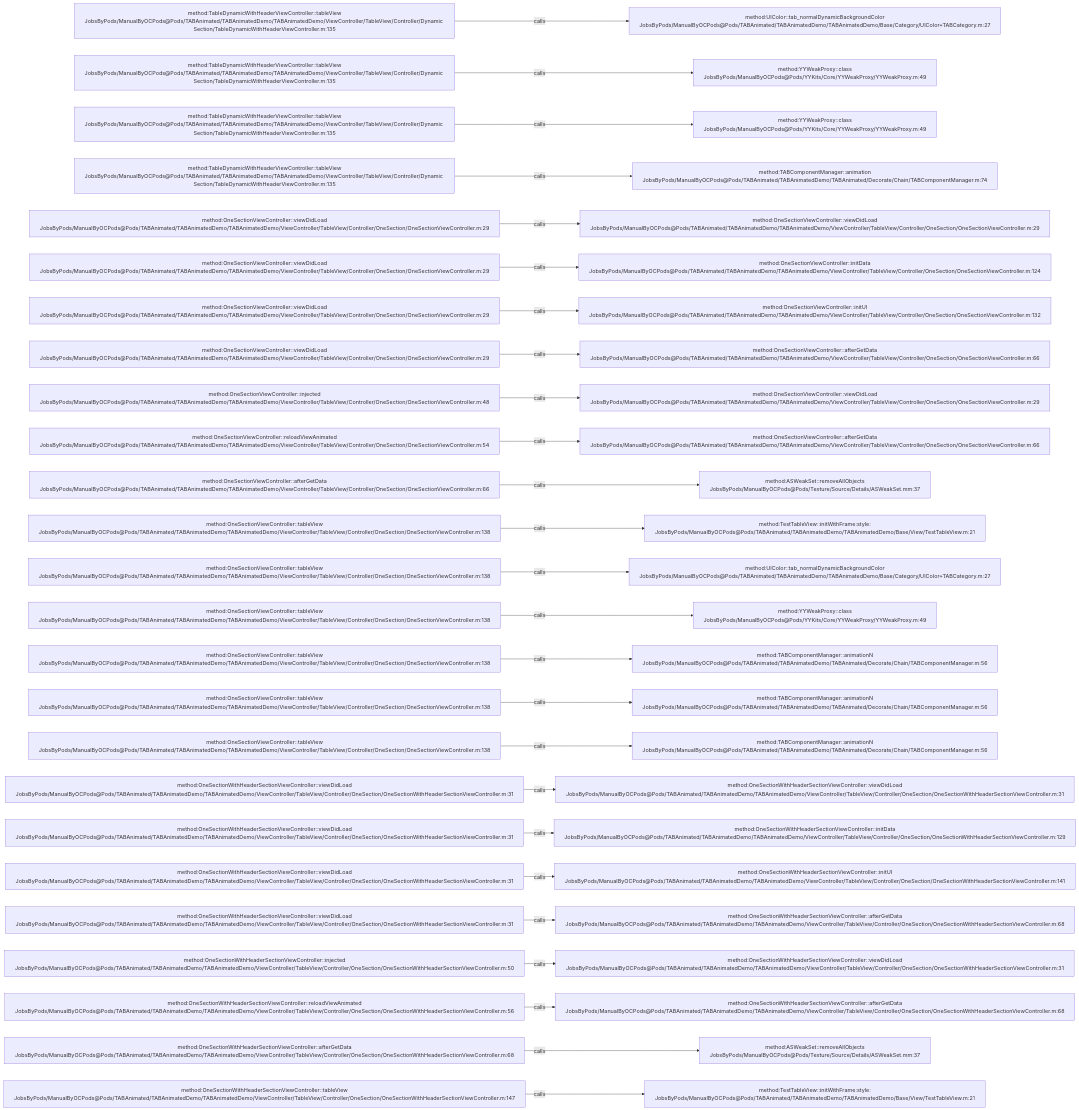
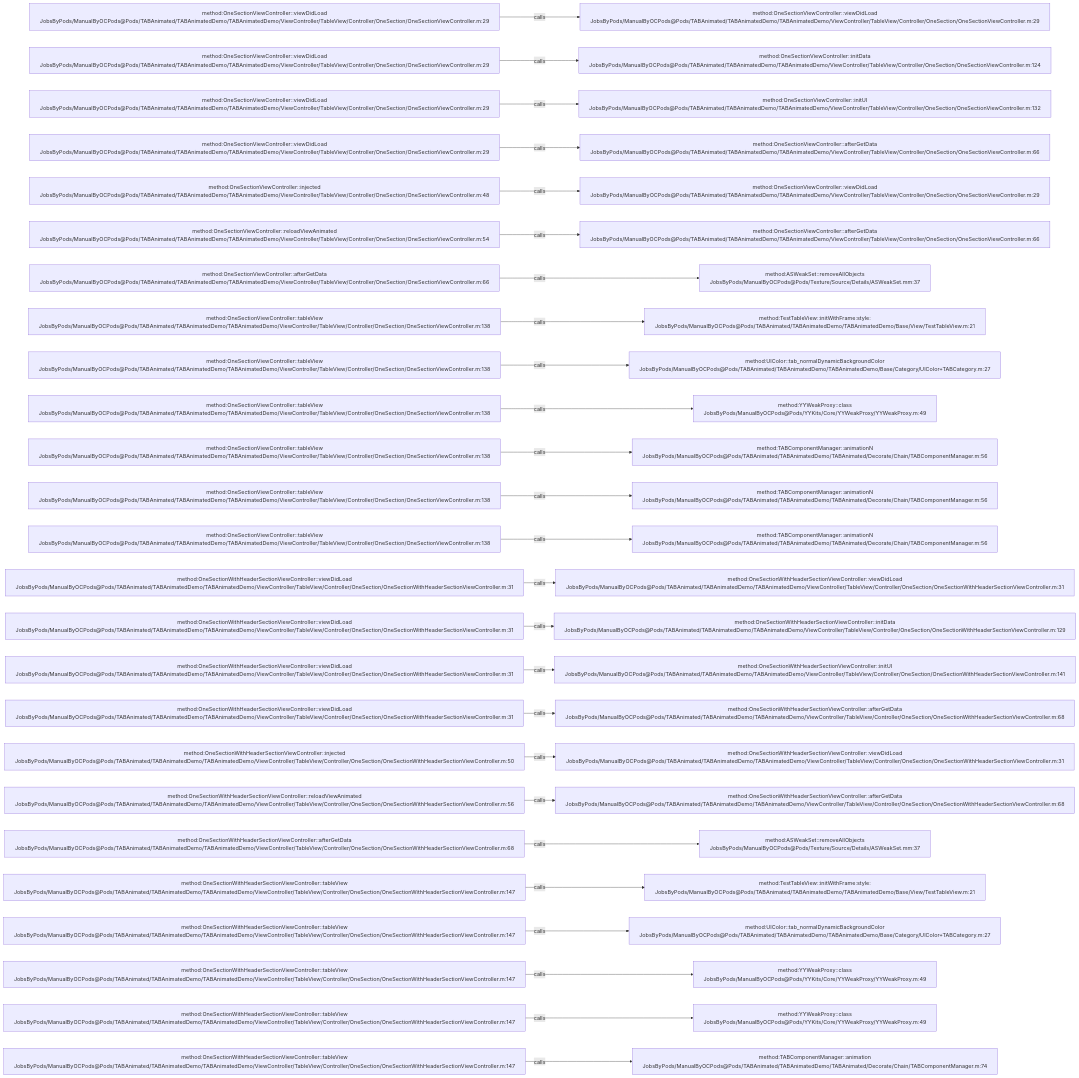
Before and after one commit to JobsKits/JobsOCBaseConfigDemo: the diagram in .codegraph/codegraph.md/graphs/calls-054.md, drawn with Mermaid. The commit also changed 727 other files, not shown here.

````diff
--- a/.codegraph/codegraph.md/graphs/calls-054.md
+++ b/.codegraph/codegraph.md/graphs/calls-054.md
@@ -13,78 +13,78 @@
 ```mermaid
 flowchart LR
-  S1["method:TableDynamicWithHeaderViewController::tableView<br/>JobsByPods/ManualByOCPods@Pods/TABAnimated/TABAnimatedDemo/TABAnimatedDemo/ViewController/TableView/Controller/Dynamic Section/TableDynamicWithHeaderViewController.m:135"]
-  T1["method:UIColor::tab_normalDynamicBackgroundColor<br/>JobsByPods/ManualByOCPods@Pods/TABAnimated/TABAnimatedDemo/TABAnimatedDemo/Base/Category/UIColor+TABCategory.m:27"]
+  S1["method:OneSectionViewController::viewDidLoad<br/>JobsByPods/ManualByOCPods@Pods/TABAnimated/TABAnimatedDemo/TABAnimatedDemo/ViewController/TableView/Controller/OneSection/OneSectionViewController.m:29"]
+  T1["method:OneSectionViewController::viewDidLoad<br/>JobsByPods/ManualByOCPods@Pods/TABAnimated/TABAnimatedDemo/TABAnimatedDemo/ViewController/TableView/Controller/OneSection/OneSectionViewController.m:29"]
   S1 -->|calls| T1
-  S2["method:TableDynamicWithHeaderViewController::tableView<br/>JobsByPods/ManualByOCPods@Pods/TABAnimated/TABAnimatedDemo/TABAnimatedDemo/ViewController/TableView/Controller/Dynamic Section/TableDynamicWithHeaderViewController.m:135"]
-  T2["method:YYWeakProxy::class<br/>JobsByPods/ManualByOCPods@Pods/YYKits/Core/YYWeakProxy/YYWeakProxy.m:49"]
+  S2["method:OneSectionViewController::viewDidLoad<br/>JobsByPods/ManualByOCPods@Pods/TABAnimated/TABAnimatedDemo/TABAnimatedDemo/ViewController/TableView/Controller/OneSection/OneSectionViewController.m:29"]
+  T2["method:OneSectionViewController::initData<br/>JobsByPods/ManualByOCPods@Pods/TABAnimated/TABAnimatedDemo/TABAnimatedDemo/ViewController/TableView/Controller/OneSection/OneSectionViewController.m:124"]
   S2 -->|calls| T2
-  S3["method:TableDynamicWithHeaderViewController::tableView<br/>JobsByPods/ManualByOCPods@Pods/TABAnimated/TABAnimatedDemo/TABAnimatedDemo/ViewController/TableView/Controller/Dynamic Section/TableDynamicWithHeaderViewController.m:135"]
-  T3["method:YYWeakProxy::class<br/>JobsByPods/ManualByOCPods@Pods/YYKits/Core/YYWeakProxy/YYWeakProxy.m:49"]
+  S3["method:OneSectionViewController::viewDidLoad<br/>JobsByPods/ManualByOCPods@Pods/TABAnimated/TABAnimatedDemo/TABAnimatedDemo/ViewController/TableView/Controller/OneSection/OneSectionViewController.m:29"]
+  T3["method:OneSectionViewController::initUI<br/>JobsByPods/ManualByOCPods@Pods/TABAnimated/TABAnimatedDemo/TABAnimatedDemo/ViewController/TableView/Controller/OneSection/OneSectionViewController.m:132"]
   S3 -->|calls| T3
-  S4["method:TableDynamicWithHeaderViewController::tableView<br/>JobsByPods/ManualByOCPods@Pods/TABAnimated/TABAnimatedDemo/TABAnimatedDemo/ViewController/TableView/Controller/Dynamic Section/TableDynamicWithHeaderViewController.m:135"]
-  T4["method:TABComponentManager::animation<br/>JobsByPods/ManualByOCPods@Pods/TABAnimated/TABAnimatedDemo/TABAnimated/Decorate/Chain/TABComponentManager.m:74"]
+  S4["method:OneSectionViewController::viewDidLoad<br/>JobsByPods/ManualByOCPods@Pods/TABAnimated/TABAnimatedDemo/TABAnimatedDemo/ViewController/TableView/Controller/OneSection/OneSectionViewController.m:29"]
+  T4["method:OneSectionViewController::afterGetData<br/>JobsByPods/ManualByOCPods@Pods/TABAnimated/TABAnimatedDemo/TABAnimatedDemo/ViewController/TableView/Controller/OneSection/OneSectionViewController.m:66"]
   S4 -->|calls| T4
-  S5["method:OneSectionViewController::viewDidLoad<br/>JobsByPods/ManualByOCPods@Pods/TABAnimated/TABAnimatedDemo/TABAnimatedDemo/ViewController/TableView/Controller/OneSection/OneSectionViewController.m:29"]
+  S5["method:OneSectionViewController::injected<br/>JobsByPods/ManualByOCPods@Pods/TABAnimated/TABAnimatedDemo/TABAnimatedDemo/ViewController/TableView/Controller/OneSection/OneSectionViewController.m:48"]
   T5["method:OneSectionViewController::viewDidLoad<br/>JobsByPods/ManualByOCPods@Pods/TABAnimated/TABAnimatedDemo/TABAnimatedDemo/ViewController/TableView/Controller/OneSection/OneSectionViewController.m:29"]
   S5 -->|calls| T5
-  S6["method:OneSectionViewController::viewDidLoad<br/>JobsByPods/ManualByOCPods@Pods/TABAnimated/TABAnimatedDemo/TABAnimatedDemo/ViewController/TableView/Controller/OneSection/OneSectionViewController.m:29"]
-  T6["method:OneSectionViewController::initData<br/>JobsByPods/ManualByOCPods@Pods/TABAnimated/TABAnimatedDemo/TABAnimatedDemo/ViewController/TableView/Controller/OneSection/OneSectionViewController.m:124"]
+  S6["method:OneSectionViewController::reloadViewAnimated<br/>JobsByPods/ManualByOCPods@Pods/TABAnimated/TABAnimatedDemo/TABAnimatedDemo/ViewController/TableView/Controller/OneSection/OneSectionViewController.m:54"]
+  T6["method:OneSectionViewController::afterGetData<br/>JobsByPods/ManualByOCPods@Pods/TABAnimated/TABAnimatedDemo/TABAnimatedDemo/ViewController/TableView/Controller/OneSection/OneSectionViewController.m:66"]
   S6 -->|calls| T6
-  S7["method:OneSectionViewController::viewDidLoad<br/>JobsByPods/ManualByOCPods@Pods/TABAnimated/TABAnimatedDemo/TABAnimatedDemo/ViewController/TableView/Controller/OneSection/OneSectionViewController.m:29"]
-  T7["method:OneSectionViewController::initUI<br/>JobsByPods/ManualByOCPods@Pods/TABAnimated/TABAnimatedDemo/TABAnimatedDemo/ViewController/TableView/Controller/OneSection/OneSectionViewController.m:132"]
+  S7["method:OneSectionViewController::afterGetData<br/>JobsByPods/ManualByOCPods@Pods/TABAnimated/TABAnimatedDemo/TABAnimatedDemo/ViewController/TableView/Controller/OneSection/OneSectionViewController.m:66"]
+  T7["method:ASWeakSet::removeAllObjects<br/>JobsByPods/ManualByOCPods@Pods/Texture/Source/Details/ASWeakSet.mm:37"]
   S7 -->|calls| T7
-  S8["method:OneSectionViewController::viewDidLoad<br/>JobsByPods/ManualByOCPods@Pods/TABAnimated/TABAnimatedDemo/TABAnimatedDemo/ViewController/TableView/Controller/OneSection/OneSectionViewController.m:29"]
-  T8["method:OneSectionViewController::afterGetData<br/>JobsByPods/ManualByOCPods@Pods/TABAnimated/TABAnimatedDemo/TABAnimatedDemo/ViewController/TableView/Controller/OneSection/OneSectionViewController.m:66"]
+  S8["method:OneSectionViewController::tableView<br/>JobsByPods/ManualByOCPods@Pods/TABAnimated/TABAnimatedDemo/TABAnimatedDemo/ViewController/TableView/Controller/OneSection/OneSectionViewController.m:138"]
+  T8["method:TestTableView::initWithFrame:style:<br/>JobsByPods/ManualByOCPods@Pods/TABAnimated/TABAnimatedDemo/TABAnimatedDemo/Base/View/TestTableView.m:21"]
   S8 -->|calls| T8
-  S9["method:OneSectionViewController::injected<br/>JobsByPods/ManualByOCPods@Pods/TABAnimated/TABAnimatedDemo/TABAnimatedDemo/ViewController/TableView/Controller/OneSection/OneSectionViewController.m:48"]
-  T9["method:OneSectionViewController::viewDidLoad<br/>JobsByPods/ManualByOCPods@Pods/TABAnimated/TABAnimatedDemo/TABAnimatedDemo/ViewController/TableView/Controller/OneSection/OneSectionViewController.m:29"]
+  S9["method:OneSectionViewController::tableView<br/>JobsByPods/ManualByOCPods@Pods/TABAnimated/TABAnimatedDemo/TABAnimatedDemo/ViewController/TableView/Controller/OneSection/OneSectionViewController.m:138"]
+  T9["method:UIColor::tab_normalDynamicBackgroundColor<br/>JobsByPods/ManualByOCPods@Pods/TABAnimated/TABAnimatedDemo/TABAnimatedDemo/Base/Category/UIColor+TABCategory.m:27"]
   S9 -->|calls| T9
-  S10["method:OneSectionViewController::reloadViewAnimated<br/>JobsByPods/ManualByOCPods@Pods/TABAnimated/TABAnimatedDemo/TABAnimatedDemo/ViewController/TableView/Controller/OneSection/OneSectionViewController.m:54"]
-  T10["method:OneSectionViewController::afterGetData<br/>JobsByPods/ManualByOCPods@Pods/TABAnimated/TABAnimatedDemo/TABAnimatedDemo/ViewController/TableView/Controller/OneSection/OneSectionViewController.m:66"]
+  S10["method:OneSectionViewController::tableView<br/>JobsByPods/ManualByOCPods@Pods/TABAnimated/TABAnimatedDemo/TABAnimatedDemo/ViewController/TableView/Controller/OneSection/OneSectionViewController.m:138"]
+  T10["method:YYWeakProxy::class<br/>JobsByPods/ManualByOCPods@Pods/YYKits/Core/YYWeakProxy/YYWeakProxy.m:49"]
   S10 -->|calls| T10
-  S11["method:OneSectionViewController::afterGetData<br/>JobsByPods/ManualByOCPods@Pods/TABAnimated/TABAnimatedDemo/TABAnimatedDemo/ViewController/TableView/Controller/OneSection/OneSectionViewController.m:66"]
-  T11["method:ASWeakSet::removeAllObjects<br/>JobsByPods/ManualByOCPods@Pods/Texture/Source/Details/ASWeakSet.mm:37"]
+  S11["method:OneSectionViewController::tableView<br/>JobsByPods/ManualByOCPods@Pods/TABAnimated/TABAnimatedDemo/TABAnimatedDemo/ViewController/TableView/Controller/OneSection/OneSectionViewController.m:138"]
+  T11["method:TABComponentManager::animationN<br/>JobsByPods/ManualByOCPods@Pods/TABAnimated/TABAnimatedDemo/TABAnimated/Decorate/Chain/TABComponentManager.m:56"]
   S11 -->|calls| T11
   S12["method:OneSectionViewController::tableView<br/>JobsByPods/ManualByOCPods@Pods/TABAnimated/TABAnimatedDemo/TABAnimatedDemo/ViewController/TableView/Controller/OneSection/OneSectionViewController.m:138"]
-  T12["method:TestTableView::initWithFrame:style:<br/>JobsByPods/ManualByOCPods@Pods/TABAnimated/TABAnimatedDemo/TABAnimatedDemo/Base/View/TestTableView.m:21"]
+  T12["method:TABComponentManager::animationN<br/>JobsByPods/ManualByOCPods@Pods/TABAnimated/TABAnimatedDemo/TABAnimated/Decorate/Chain/TABComponentManager.m:56"]
   S12 -->|calls| T12
   S13["method:OneSectionViewController::tableView<br/>JobsByPods/ManualByOCPods@Pods/TABAnimated/TABAnimatedDemo/TABAnimatedDemo/ViewController/TableView/Controller/OneSection/OneSectionViewController.m:138"]
-  T13["method:UIColor::tab_normalDynamicBackgroundColor<br/>JobsByPods/ManualByOCPods@Pods/TABAnimated/TABAnimatedDemo/TABAnimatedDemo/Base/Category/UIColor+TABCategory.m:27"]
+  T13["method:TABComponentManager::animationN<br/>JobsByPods/ManualByOCPods@Pods/TABAnimated/TABAnimatedDemo/TABAnimated/Decorate/Chain/TABComponentManager.m:56"]
   S13 -->|calls| T13
-  S14["method:OneSectionViewController::tableView<br/>JobsByPods/ManualByOCPods@Pods/TABAnimated/TABAnimatedDemo/TABAnimatedDemo/ViewController/TableView/Controller/OneSection/OneSectionViewController.m:138"]
-  T14["method:YYWeakProxy::class<br/>JobsByPods/ManualByOCPods@Pods/YYKits/Core/YYWeakProxy/YYWeakProxy.m:49"]
+  S14["method:OneSectionWithHeaderSectionViewController::viewDidLoad<br/>JobsByPods/ManualByOCPods@Pods/TABAnimated/TABAnimatedDemo/TABAnimatedDemo/ViewController/TableView/Controller/OneSection/OneSectionWithHeaderSectionViewController.m:31"]
+  T14["method:OneSectionWithHeaderSectionViewController::viewDidLoad<br/>JobsByPods/ManualByOCPods@Pods/TABAnimated/TABAnimatedDemo/TABAnimatedDemo/ViewController/TableView/Controller/OneSection/OneSectionWithHeaderSectionViewController.m:31"]
   S14 -->|calls| T14
-  S15["method:OneSectionViewController::tableView<br/>JobsByPods/ManualByOCPods@Pods/TABAnimated/TABAnimatedDemo/TABAnimatedDemo/ViewController/TableView/Controller/OneSection/OneSectionViewController.m:138"]
-  T15["method:TABComponentManager::animationN<br/>JobsByPods/ManualByOCPods@Pods/TABAnimated/TABAnimatedDemo/TABAnimated/Decorate/Chain/TABComponentManager.m:56"]
+  S15["method:OneSectionWithHeaderSectionViewController::viewDidLoad<br/>JobsByPods/ManualByOCPods@Pods/TABAnimated/TABAnimatedDemo/TABAnimatedDemo/ViewController/TableView/Controller/OneSection/OneSectionWithHeaderSectionViewController.m:31"]
+  T15["method:OneSectionWithHeaderSectionViewController::initData<br/>JobsByPods/ManualByOCPods@Pods/TABAnimated/TABAnimatedDemo/TABAnimatedDemo/ViewController/TableView/Controller/OneSection/OneSectionWithHeaderSectionViewController.m:129"]
   S15 -->|calls| T15
-  S16["method:OneSectionViewController::tableView<br/>JobsByPods/ManualByOCPods@Pods/TABAnimated/TABAnimatedDemo/TABAnimatedDemo/ViewController/TableView/Controller/OneSection/OneSectionViewController.m:138"]
-  T16["method:TABComponentManager::animationN<br/>JobsByPods/ManualByOCPods@Pods/TABAnimated/TABAnimatedDemo/TABAnimated/Decorate/Chain/TABComponentManager.m:56"]
+  S16["method:OneSectionWithHeaderSectionViewController::viewDidLoad<br/>JobsByPods/ManualByOCPods@Pods/TABAnimated/TABAnimatedDemo/TABAnimatedDemo/ViewController/TableView/Controller/OneSection/OneSectionWithHeaderSectionViewController.m:31"]
+  T16["method:OneSectionWithHeaderSectionViewController::initUI<br/>JobsByPods/ManualByOCPods@Pods/TABAnimated/TABAnimatedDemo/TABAnimatedDemo/ViewController/TableView/Controller/OneSection/OneSectionWithHeaderSectionViewController.m:141"]
   S16 -->|calls| T16
-  S17["method:OneSectionViewController::tableView<br/>JobsByPods/ManualByOCPods@Pods/TABAnimated/TABAnimatedDemo/TABAnimatedDemo/ViewController/TableView/Controller/OneSection/OneSectionViewController.m:138"]
-  T17["method:TABComponentManager::animationN<br/>JobsByPods/ManualByOCPods@Pods/TABAnimated/TABAnimatedDemo/TABAnimated/Decorate/Chain/TABComponentManager.m:56"]
+  S17["method:OneSectionWithHeaderSectionViewController::viewDidLoad<br/>JobsByPods/ManualByOCPods@Pods/TABAnimated/TABAnimatedDemo/TABAnimatedDemo/ViewController/TableView/Controller/OneSection/OneSectionWithHeaderSectionViewController.m:31"]
+  T17["method:OneSectionWithHeaderSectionViewController::afterGetData<br/>JobsByPods/ManualByOCPods@Pods/TABAnimated/TABAnimatedDemo/TABAnimatedDemo/ViewController/TableView/Controller/OneSection/OneSectionWithHeaderSectionViewController.m:68"]
   S17 -->|calls| T17
-  S18["method:OneSectionWithHeaderSectionViewController::viewDidLoad<br/>JobsByPods/ManualByOCPods@Pods/TABAnimated/TABAnimatedDemo/TABAnimatedDemo/ViewController/TableView/Controller/OneSection/OneSectionWithHeaderSectionViewController.m:31"]
+  S18["method:OneSectionWithHeaderSectionViewController::injected<br/>JobsByPods/ManualByOCPods@Pods/TABAnimated/TABAnimatedDemo/TABAnimatedDemo/ViewController/TableView/Controller/OneSection/OneSectionWithHeaderSectionViewController.m:50"]
   T18["method:OneSectionWithHeaderSectionViewController::viewDidLoad<br/>JobsByPods/ManualByOCPods@Pods/TABAnimated/TABAnimatedDemo/TABAnimatedDemo/ViewController/TableView/Controller/OneSection/OneSectionWithHeaderSectionViewController.m:31"]
   S18 -->|calls| T18
-  S19["method:OneSectionWithHeaderSectionViewController::viewDidLoad<br/>JobsByPods/ManualByOCPods@Pods/TABAnimated/TABAnimatedDemo/TABAnimatedDemo/ViewController/TableView/Controller/OneSection/OneSectionWithHeaderSectionViewController.m:31"]
-  T19["method:OneSectionWithHeaderSectionViewController::initData<br/>JobsByPods/ManualByOCPods@Pods/TABAnimated/TABAnimatedDemo/TABAnimatedDemo/ViewController/TableView/Controller/OneSection/OneSectionWithHeaderSectionViewController.m:129"]
+  S19["method:OneSectionWithHeaderSectionViewController::reloadViewAnimated<br/>JobsByPods/ManualByOCPods@Pods/TABAnimated/TABAnimatedDemo/TABAnimatedDemo/ViewController/TableView/Controller/OneSection/OneSectionWithHeaderSectionViewController.m:56"]
+  T19["method:OneSectionWithHeaderSectionViewController::afterGetData<br/>JobsByPods/ManualByOCPods@Pods/TABAnimated/TABAnimatedDemo/TABAnimatedDemo/ViewController/TableView/Controller/OneSection/OneSectionWithHeaderSectionViewController.m:68"]
   S19 -->|calls| T19
-  S20["method:OneSectionWithHeaderSectionViewController::viewDidLoad<br/>JobsByPods/ManualByOCPods@Pods/TABAnimated/TABAnimatedDemo/TABAnimatedDemo/ViewController/TableView/Controller/OneSection/OneSectionWithHeaderSectionViewController.m:31"]
-  T20["method:OneSectionWithHeaderSectionViewController::initUI<br/>JobsByPods/ManualByOCPods@Pods/TABAnimated/TABAnimatedDemo/TABAnimatedDemo/ViewController/TableView/Controller/OneSection/OneSectionWithHeaderSectionViewController.m:141"]
+  S20["method:OneSectionWithHeaderSectionViewController::afterGetData<br/>JobsByPods/ManualByOCPods@Pods/TABAnimated/TABAnimatedDemo/TABAnimatedDemo/ViewController/TableView/Controller/OneSection/OneSectionWithHeaderSectionViewController.m:68"]
+  T20["method:ASWeakSet::removeAllObjects<br/>JobsByPods/ManualByOCPods@Pods/Texture/Source/Details/ASWeakSet.mm:37"]
   S20 -->|calls| T20
-  S21["method:OneSectionWithHeaderSectionViewController::viewDidLoad<br/>JobsByPods/ManualByOCPods@Pods/TABAnimated/TABAnimatedDemo/TABAnimatedDemo/ViewController/TableView/Controller/OneSection/OneSectionWithHeaderSectionViewController.m:31"]
-  T21["method:OneSectionWithHeaderSectionViewController::afterGetData<br/>JobsByPods/ManualByOCPods@Pods/TABAnimated/TABAnimatedDemo/TABAnimatedDemo/ViewController/TableView/Controller/OneSection/OneSectionWithHeaderSectionViewController.m:68"]
+  S21["method:OneSectionWithHeaderSectionViewController::tableView<br/>JobsByPods/ManualByOCPods@Pods/TABAnimated/TABAnimatedDemo/TABAnimatedDemo/ViewController/TableView/Controller/OneSection/OneSectionWithHeaderSectionViewController.m:147"]
+  T21["method:TestTableView::initWithFrame:style:<br/>JobsByPods/ManualByOCPods@Pods/TABAnimated/TABAnimatedDemo/TABAnimatedDemo/Base/View/TestTableView.m:21"]
   S21 -->|calls| T21
-  S22["method:OneSectionWithHeaderSectionViewController::injected<br/>JobsByPods/ManualByOCPods@Pods/TABAnimated/TABAnimatedDemo/TABAnimatedDemo/ViewController/TableView/Controller/OneSection/OneSectionWithHeaderSectionViewController.m:50"]
-  T22["method:OneSectionWithHeaderSectionViewController::viewDidLoad<br/>JobsByPods/ManualByOCPods@Pods/TABAnimated/TABAnimatedDemo/TABAnimatedDemo/ViewController/TableView/Controller/OneSection/OneSectionWithHeaderSectionViewController.m:31"]
+  S22["method:OneSectionWithHeaderSectionViewController::tableView<br/>JobsByPods/ManualByOCPods@Pods/TABAnimated/TABAnimatedDemo/TABAnimatedDemo/ViewController/TableView/Controller/OneSection/OneSectionWithHeaderSectionViewController.m:147"]
+  T22["method:UIColor::tab_normalDynamicBackgroundColor<br/>JobsByPods/ManualByOCPods@Pods/TABAnimated/TABAnimatedDemo/TABAnimatedDemo/Base/Category/UIColor+TABCategory.m:27"]
   S22 -->|calls| T22
-  S23["method:OneSectionWithHeaderSectionViewController::reloadViewAnimated<br/>JobsByPods/ManualByOCPods@Pods/TABAnimated/TABAnimatedDemo/TABAnimatedDemo/ViewController/TableView/Controller/OneSection/OneSectionWithHeaderSectionViewController.m:56"]
-  T23["method:OneSectionWithHeaderSectionViewController::afterGetData<br/>JobsByPods/ManualByOCPods@Pods/TABAnimated/TABAnimatedDemo/TABAnimatedDemo/ViewController/TableView/Controller/OneSection/OneSectionWithHeaderSectionViewController.m:68"]
+  S23["method:OneSectionWithHeaderSectionViewController::tableView<br/>JobsByPods/ManualByOCPods@Pods/TABAnimated/TABAnimatedDemo/TABAnimatedDemo/ViewController/TableView/Controller/OneSection/OneSectionWithHeaderSectionViewController.m:147"]
+  T23["method:YYWeakProxy::class<br/>JobsByPods/ManualByOCPods@Pods/YYKits/Core/YYWeakProxy/YYWeakProxy.m:49"]
   S23 -->|calls| T23
-  S24["method:OneSectionWithHeaderSectionViewController::afterGetData<br/>JobsByPods/ManualByOCPods@Pods/TABAnimated/TABAnimatedDemo/TABAnimatedDemo/ViewController/TableView/Controller/OneSection/OneSectionWithHeaderSectionViewController.m:68"]
-  T24["method:ASWeakSet::removeAllObjects<br/>JobsByPods/ManualByOCPods@Pods/Texture/Source/Details/ASWeakSet.mm:37"]
+  S24["method:OneSectionWithHeaderSectionViewController::tableView<br/>JobsByPods/ManualByOCPods@Pods/TABAnimated/TABAnimatedDemo/TABAnimatedDemo/ViewController/TableView/Controller/OneSection/OneSectionWithHeaderSectionViewController.m:147"]
+  T24["method:YYWeakProxy::class<br/>JobsByPods/ManualByOCPods@Pods/YYKits/Core/YYWeakProxy/YYWeakProxy.m:49"]
   S24 -->|calls| T24
   S25["method:OneSectionWithHeaderSectionViewController::tableView<br/>JobsByPods/ManualByOCPods@Pods/TABAnimated/TABAnimatedDemo/TABAnimatedDemo/ViewController/TableView/Controller/OneSection/OneSectionWithHeaderSectionViewController.m:147"]
-  T25["method:TestTableView::initWithFrame:style:<br/>JobsByPods/ManualByOCPods@Pods/TABAnimated/TABAnimatedDemo/TABAnimatedDemo/Base/View/TestTableView.m:21"]
+  T25["method:TABComponentManager::animation<br/>JobsByPods/ManualByOCPods@Pods/TABAnimated/TABAnimatedDemo/TABAnimated/Decorate/Chain/TABComponentManager.m:74"]
   S25 -->|calls| T25
 ```
````
